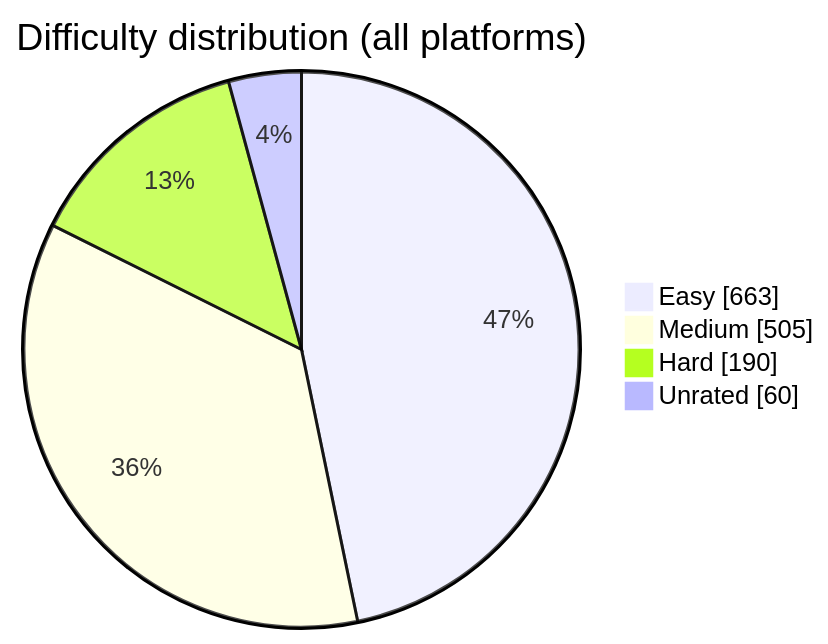
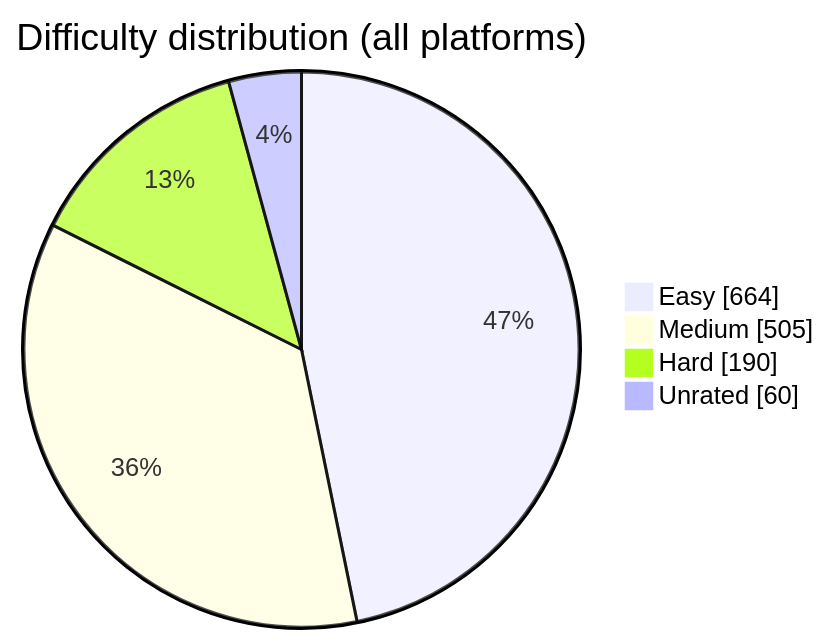
One commit to BuildbyArindam/Daily-Coding-Log changed the diagram in README.md. Above: the diagram before and after it, drawn with Mermaid. The commit also changed other lines of this file, not shown here.

````diff
--- a/README.md
+++ b/README.md
@@ -93,7 +93,7 @@
 ```mermaid
 pie showData title Difficulty distribution (all platforms)
-    "Easy" : 663
+    "Easy" : 664
     "Medium" : 505
     "Hard" : 190
     "Unrated" : 60
 ```
````
